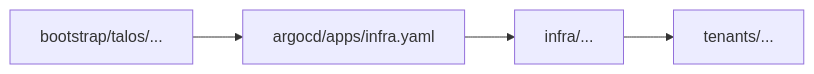
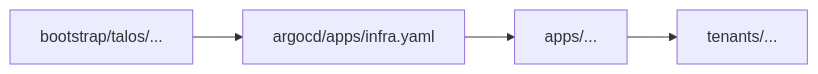
Before and after one commit to matjahs/omni-cluster-1: the diagram in BOOTSTRAP.md, drawn with Mermaid. The commit also changed other lines of this file and 31 other files, not shown here.

````diff
--- a/BOOTSTRAP.md
+++ b/BOOTSTRAP.md
@@ -56,6 +56,6 @@
 ```mermaid
 flowchart LR
     A[bootstrap/talos/...] --> B[argocd/apps/infra.yaml]
-    B --> C[infra/... ]
+    B --> C[apps/... ]
     C --> D[tenants/... ]
 ```
````
